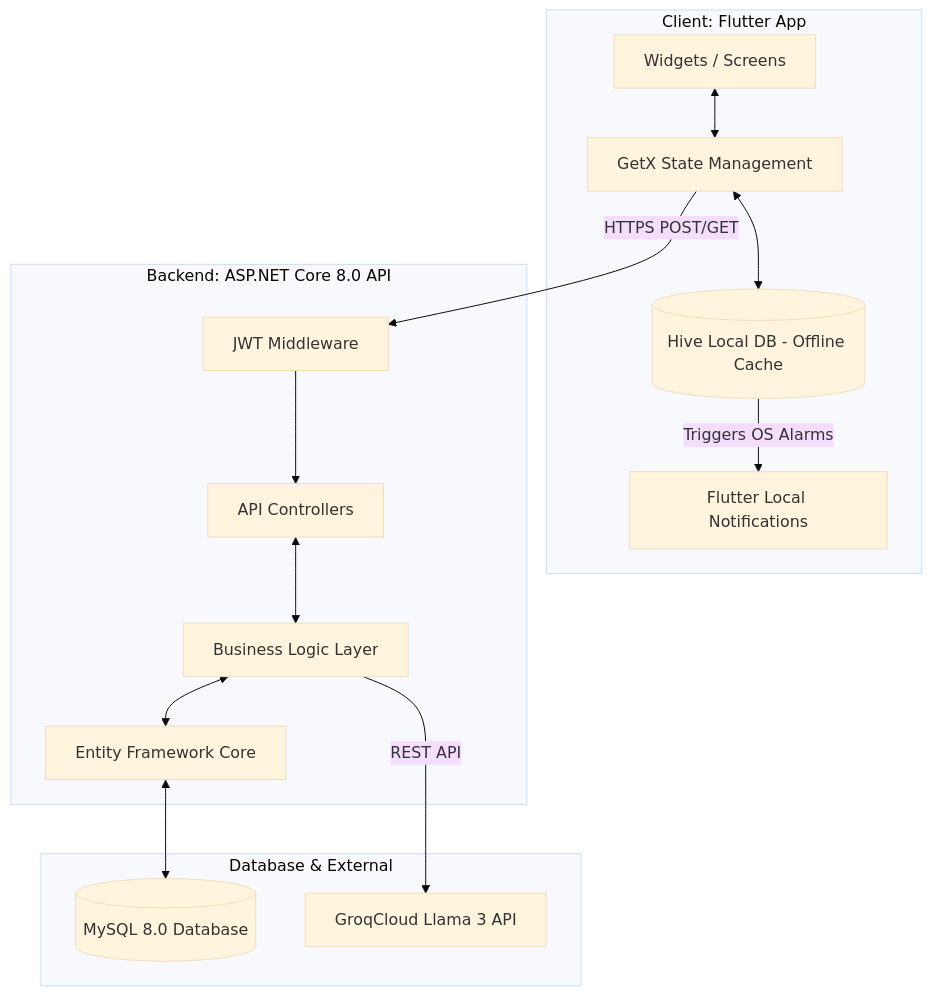
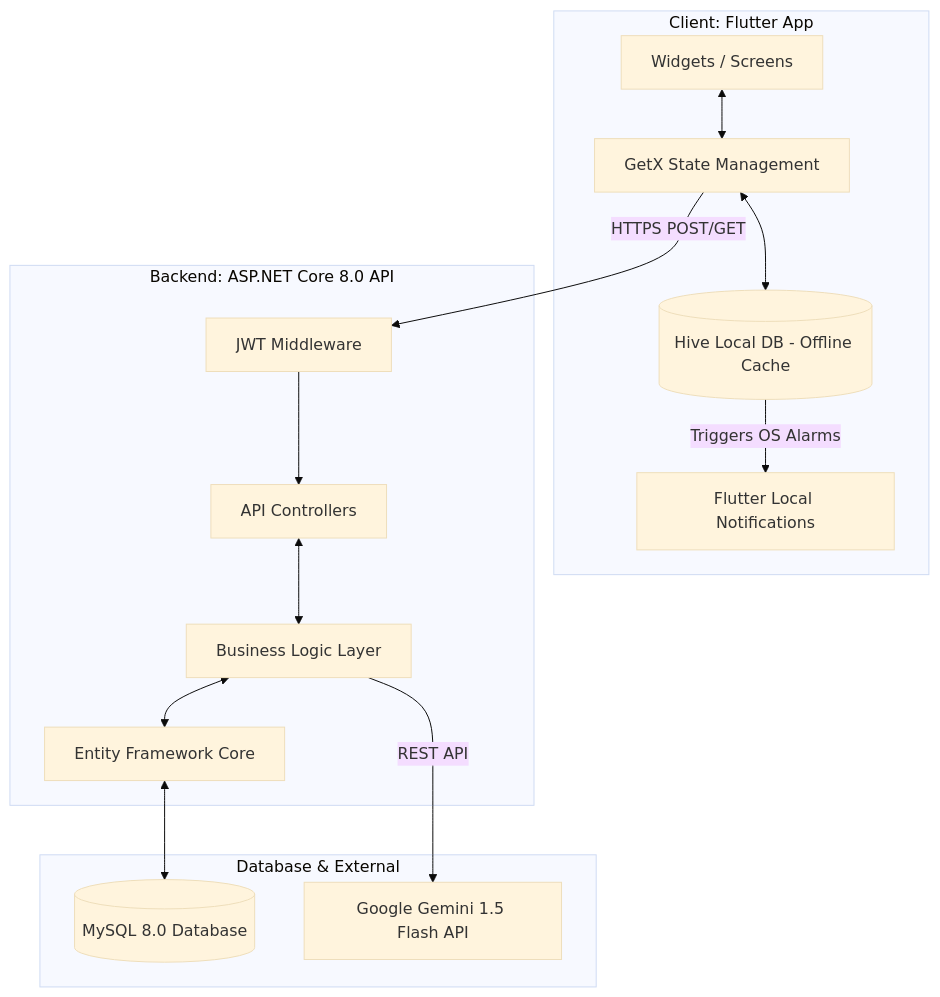
One commit to mediaibuitems-ui/Medi-AI_B_F changed the first of 20 diagrams in Medi_AI_Backend_railway/thesis/Medi-AI_Thesis.md. Above: the diagram before and after it, drawn with Mermaid (base theme). The commit also changed other lines of this file, not shown here.

Commit message:
fix: replace all GroqCloud/Llama-3 with Google Gemini 1.5 Flash (confirmed active Railway API key); fix SmarterASP -> Railway in tech stack; fix AI route /api/AI/analyze -> /api/analyzer/evaluate throughout thesis

````diff
--- a/Medi_AI_Backend_railway/thesis/Medi-AI_Thesis.md
+++ b/Medi_AI_Backend_railway/thesis/Medi-AI_Thesis.md
@@ -557,32 +555,32 @@
 ```mermaid
 flowchart TD
     subgraph Presentation Layer [Client: Flutter App]
         UI[Widgets / Screens]
         GetX[GetX State Management]
         Hive[(Hive Local DB - Offline Cache)]
         Notif[Flutter Local Notifications]
     end
     
     subgraph Application Layer [Backend: ASP.NET Core 8.0 API]
         JWT[JWT Middleware]
         Controllers[API Controllers]
         Services[Business Logic Layer]
         EF[Entity Framework Core]
     end
     
     subgraph Data Layer [Database & External]
         DB[(MySQL 8.0 Database)]
-        Groq[GroqCloud Llama 3 API]
+        Gemini[Google Gemini 1.5 Flash API]
     end
     
     UI <--> GetX
     GetX <--> Hive
     GetX -->|HTTPS POST/GET| JWT
     Hive -->|Triggers OS Alarms| Notif
     
     JWT --> Controllers
     Controllers <--> Services
     Services <--> EF
-    Services -->|REST API| Groq
+    Services -->|REST API| Gemini
     EF <--> DB
 ```
````
